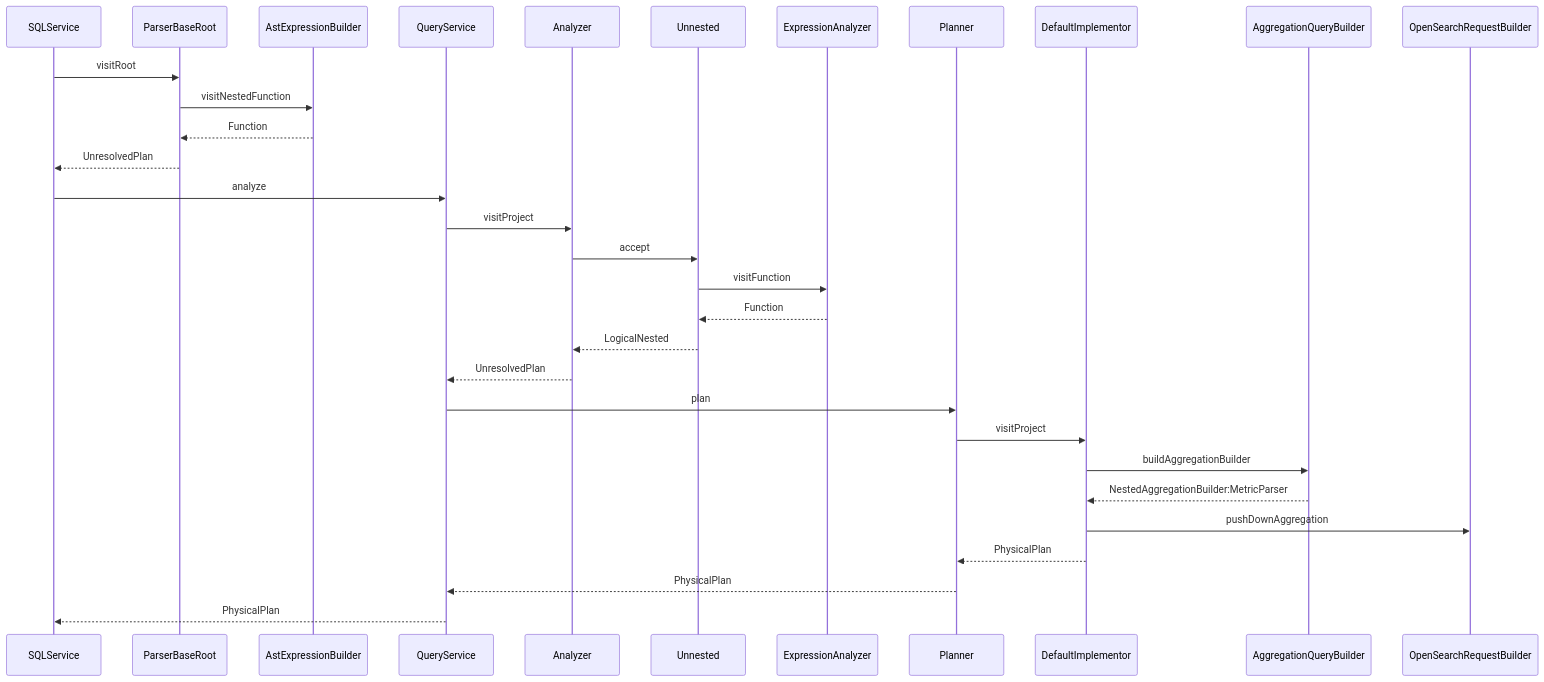
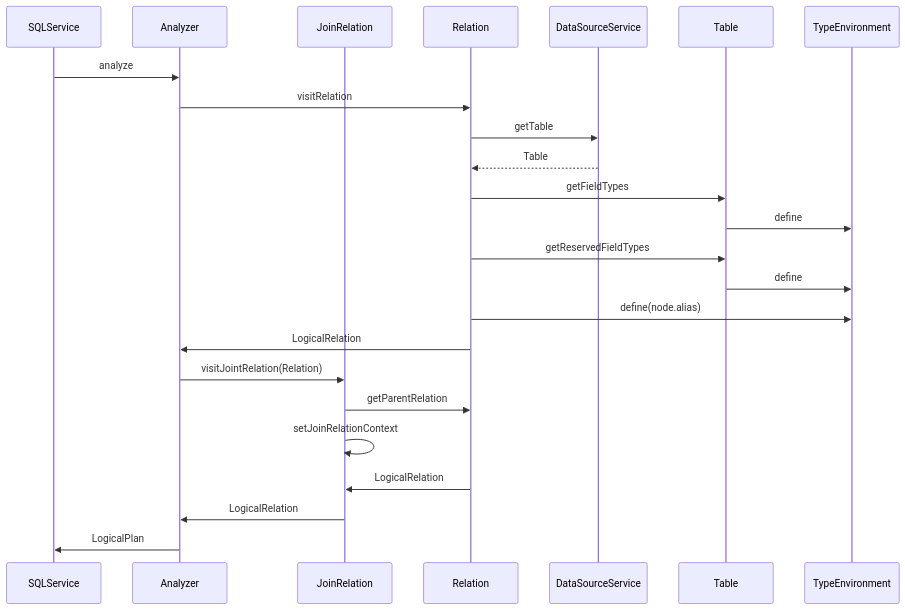
One commit to Bit-Quill/opensearch-project-sql changed the third of 8 diagrams in docs/dev/opensearch-same-table-join-query.md. Above: the diagram before and after it, drawn with Mermaid. The commit also changed other lines of this file, not shown here.

Commit message:
Add same-table joins initial design document

````diff
--- a/docs/dev/opensearch-same-table-join-query.md
+++ b/docs/dev/opensearch-same-table-join-query.md
@@ -861,35 +942,27 @@
 ```mermaid
 sequenceDiagram
     participant SQLService
-    participant ParserBaseRoot
-    participant AstExpressionBuilder
-    participant QueryService
     participant Analyzer
-    participant Unnested
-    participant ExpressionAnalyzer
-    participant Planner
-    participant DefaultImplementor
-    participant AggregationQueryBuilder
+    participant JoinRelation
+    participant Relation
+    participant DataSourceService
+    participant Table
+    participant TypeEnvironment
 
-SQLService->>ParserBaseRoot:visitRoot
-  ParserBaseRoot->>AstExpressionBuilder:visitNestedFunction
-  AstExpressionBuilder-->>ParserBaseRoot:Function
-ParserBaseRoot-->>SQLService:UnresolvedPlan
-
-SQLService->>QueryService:analyze
-  QueryService->>Analyzer:visitProject
-    Analyzer->>Unnested:accept
-      Unnested->>ExpressionAnalyzer:visitFunction
-        ExpressionAnalyzer-->>Unnested:Function
-      Unnested-->>Analyzer:LogicalNested
-    Analyzer-->>QueryService:UnresolvedPlan
-  QueryService->>Planner:plan
-    Planner->>DefaultImplementor:visitProject
-      DefaultImplementor->>AggregationQueryBuilder:buildAggregationBuilder
-        AggregationQueryBuilder-->>DefaultImplementor:NestedAggregationBuilder:MetricParser
-      DefaultImplementor->>OpenSearchRequestBuilder:pushDownAggregation
-    DefaultImplementor-->>Planner:PhysicalPlan
-  Planner-->>QueryService:PhysicalPlan
-QueryService-->>SQLService:PhysicalPlan
-
+    SQLService->>Analyzer: analyze
+    Analyzer->>Relation: visitRelation
+    Relation->>DataSourceService: getTable
+    DataSourceService-->>Relation: Table
+    Relation->>Table: getFieldTypes
+    Table->>TypeEnvironment: define
+    Relation->>Table: getReservedFieldTypes
+    Table->>TypeEnvironment: define
+    Relation->>TypeEnvironment: define(node.alias)
+    Relation->>Analyzer: LogicalRelation
+    Analyzer->>JoinRelation: visitJointRelation(Relation)
+    JoinRelation->>Relation: getParentRelation
+    JoinRelation->>JoinRelation: setJoinRelationContext
+    Relation->>JoinRelation: LogicalRelation
+    JoinRelation->>Analyzer: LogicalRelation
+    Analyzer->>SQLService: LogicalPlan
 ```
````
